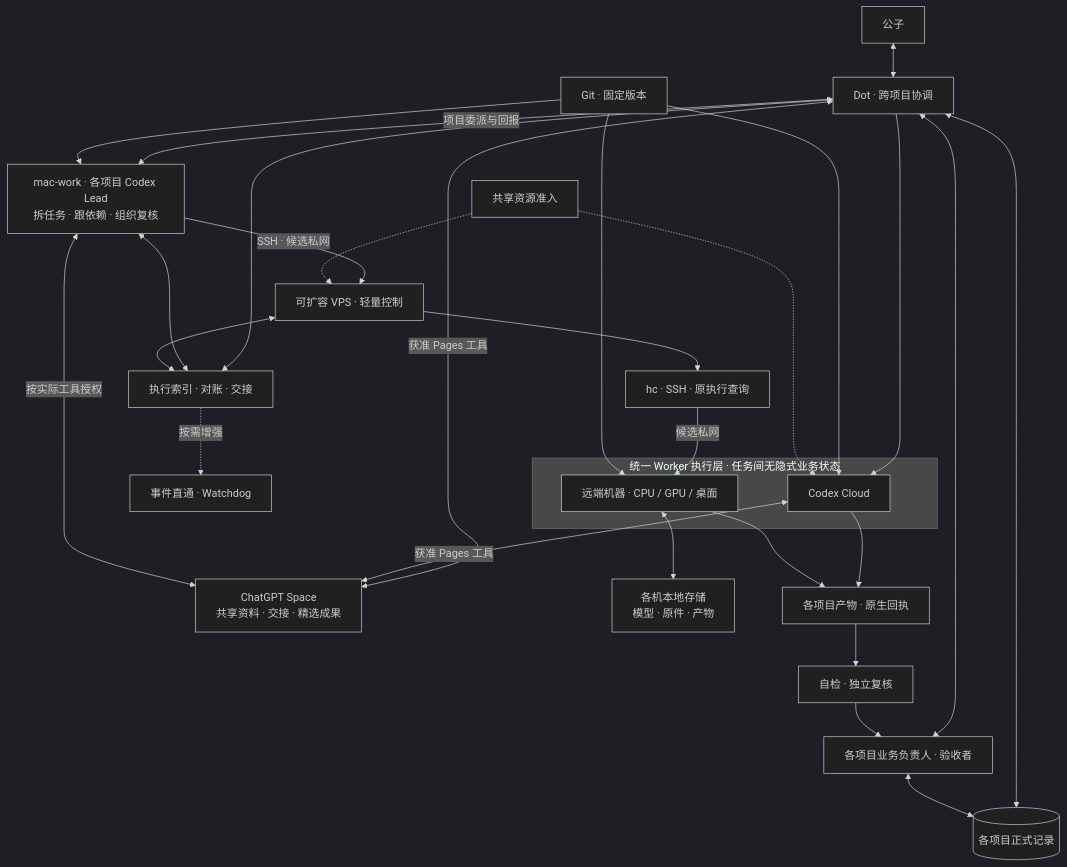
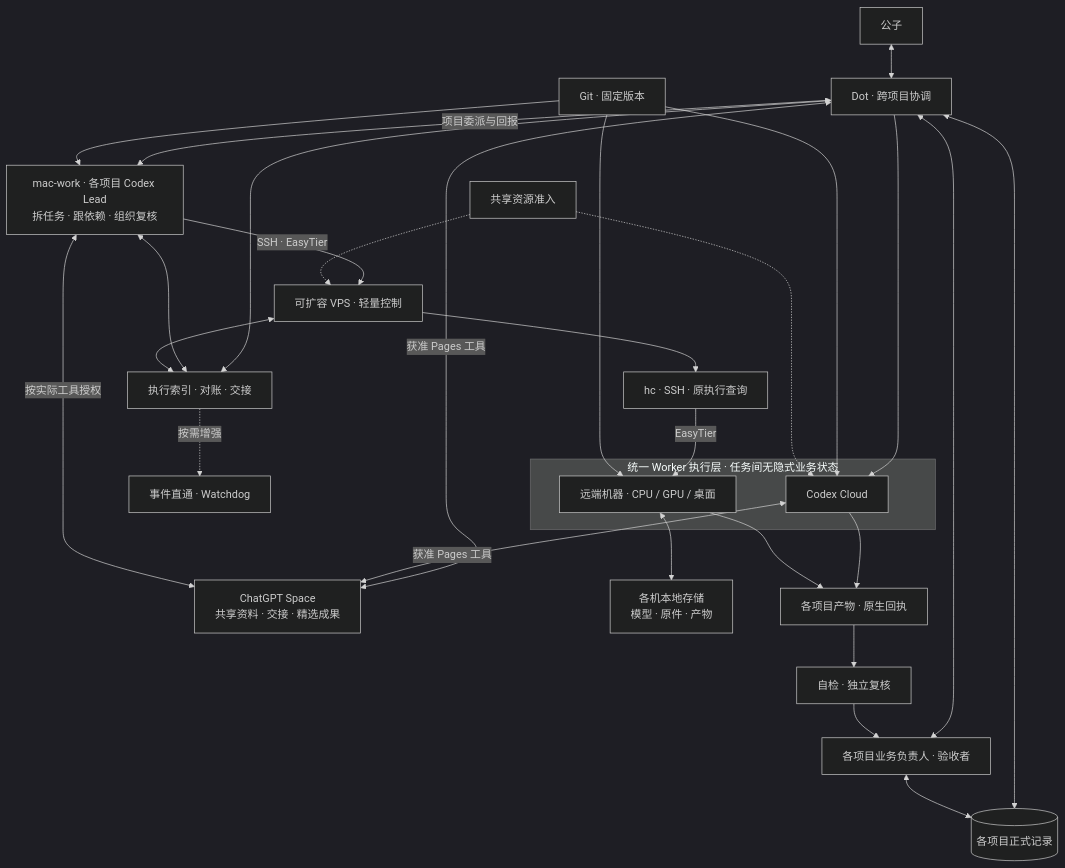
The diagram in docs/collaboration-iteration-guide.md (CF-FE/herdr-4-codexcloud), drawn with Mermaid (dark theme) before and after one commit. The commit also changed other lines of this file and 5 other files, not shown here.

Commit message:
Document EasyTier selection and three-machine deployment

````diff
--- a/docs/collaboration-iteration-guide.md
+++ b/docs/collaboration-iteration-guide.md
@@ -25,33 +25,33 @@
 ```mermaid
 flowchart TD
     U["公子"] <--> D["Dot · 跨项目协调"]
     D <--> O["各项目业务负责人 · 验收者"]
     D <--> P[("各项目正式记录")]
     O <--> P
     D <-->|"项目委派与回报"| A["mac-work · 各项目 Codex Lead<br/>拆任务 · 跟依赖 · 组织复核"]
     subgraph POOL["统一 Worker 执行层 · 任务间无隐式业务状态"]
         C["Codex Cloud"]
         M["远端机器 · CPU / GPU / 桌面"]
     end
     D --> C
-    A -->|"SSH · 候选私网"| V["可扩容 VPS · 轻量控制"]
+    A -->|"SSH · EasyTier"| V["可扩容 VPS · 轻量控制"]
     V --> H["hc · SSH · 原执行查询"]
-    H -->|"候选私网"| M
+    H -->|"EasyTier"| M
     D <-->|"获准 Pages 工具"| SP["ChatGPT Space<br/>共享资料 · 交接 · 精选成果"]
     C <-->|"获准 Pages 工具"| SP
     A <-->|"按实际工具授权"| SP
     G["Git · 固定版本"] --> C
     G --> A
     G --> M
     M <--> L["各机本地存储<br/>模型 · 原件 · 产物"]
     C --> E["各项目产物 · 原生回执"]
     M --> E
     E --> Q["自检 · 独立复核"]
     Q --> O
     D <--> I["执行索引 · 对账 · 交接"]
     A <--> I
     V <--> I
     S["共享资源准入"] -.-> C
     S -.-> V
     I -.按需增强.-> W["事件直通 · Watchdog"]
 ```
````
